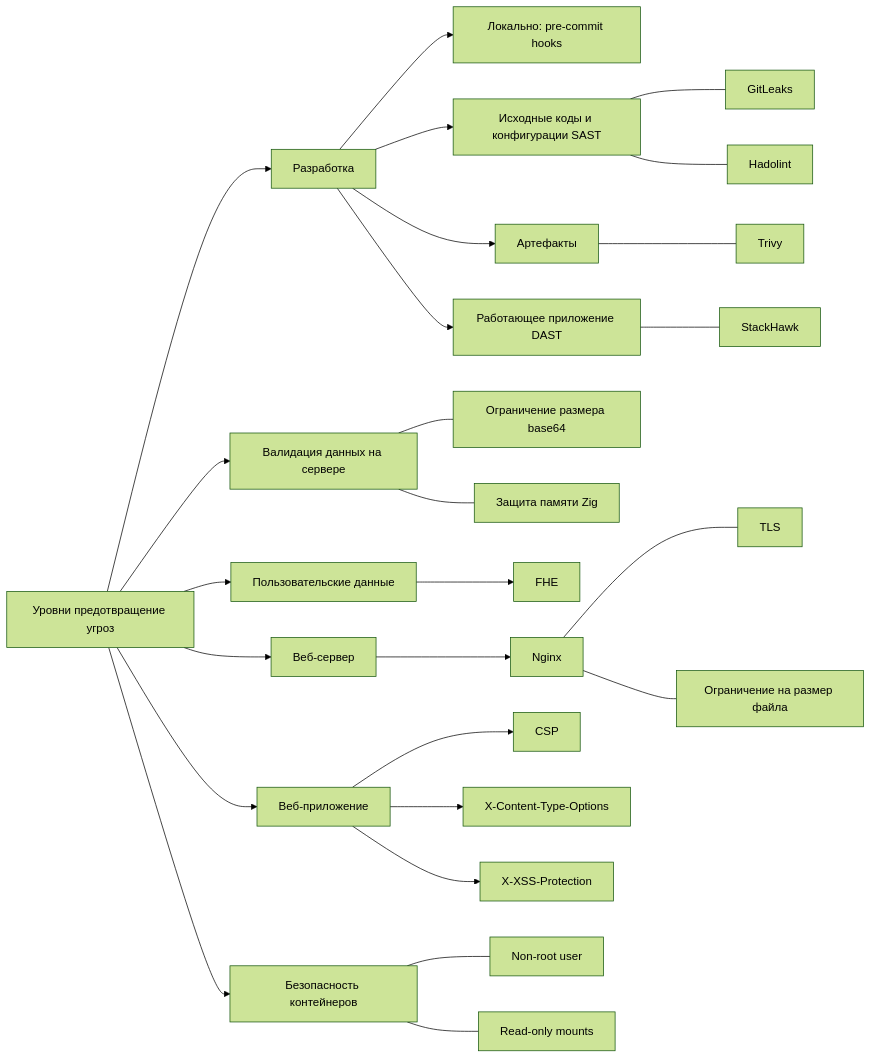
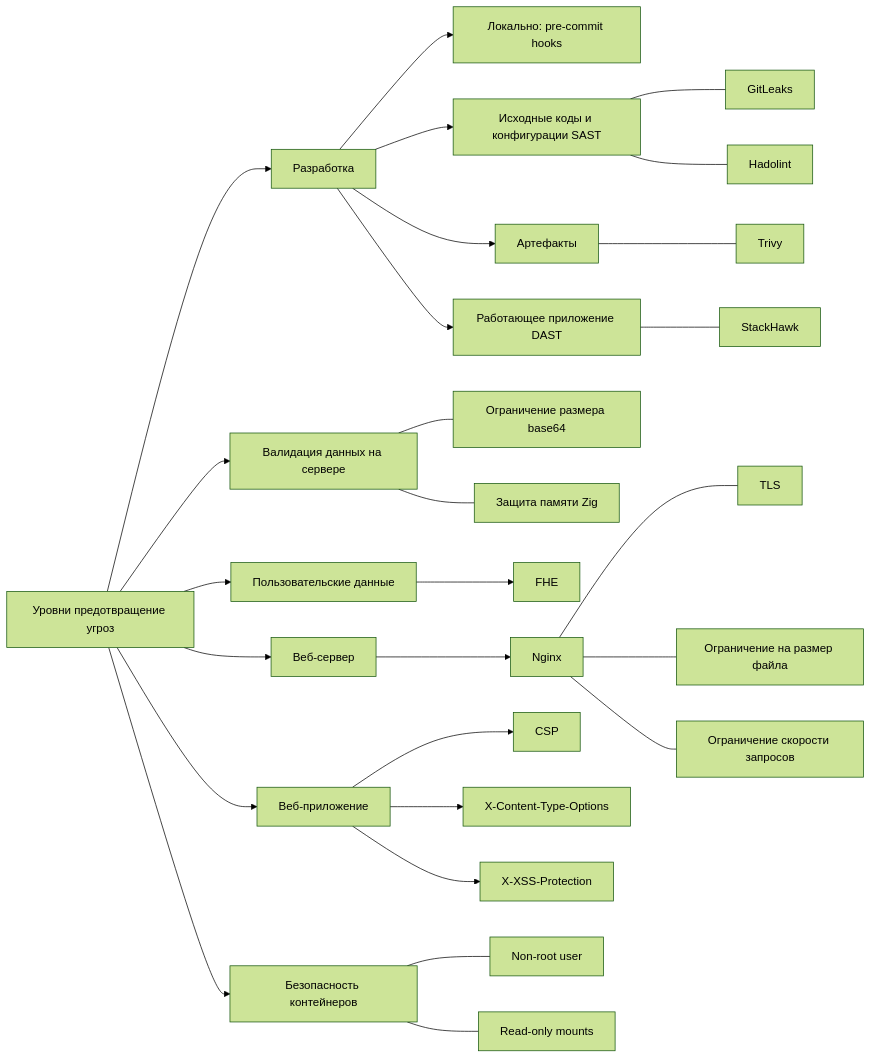
Before and after one commit to butvinm/GenZ: the fifth of 5 diagrams in REPORT.md, drawn with Mermaid (forest theme). The commit also changed other lines of this file and 2 other files, not shown here.

Commit message:
Set RateLimit

````diff
--- a/REPORT.md
+++ b/REPORT.md
@@ -268,41 +268,42 @@
 ```mermaid
 graph LR
     Root[Уровни предотвращение угроз]
 
     %% Ветвь 1
     Root --> Dev[Разработка]
     Dev --> DevProcess[Локально: pre-commit hooks]
     Dev --> SAST[Исходные коды и конфигурации SAST]
     SAST --- GitLeaks
     SAST --- Hadolint
     Dev --> Art[Артефакты]
     Art --- Trivy
     Dev --> DAST[Работающее приложение DAST]
     DAST --- StackHawk
 
     %% Ветвь 2
     Root --> Server[Валидация данных на сервере]
     Server --- base64[Ограничение размера base64]
     Server --- memory[Защита памяти Zig]
 
     %% Ветвь 3
     Root --> UserData[Пользовательские данные]
     UserData --> FHE
 
     %% Ветвь 4
     Root --> Proxy[Веб-сервер]
     Proxy --> Nginx
     Nginx --- TLS
     Nginx --- Limit[Ограничение на размер файла]
+    Nginx --- RateLimit[Ограничение скорости запросов]
 
     %% Ветвь 5
     Root --> WebApp[Веб-приложение]
     WebApp --> CSP
     WebApp --> X-Content-Type-Options
     WebApp --> X-XSS-Protection
 
     %% Ветвь 6
     Root --> Container[Безопасность контейнеров]
     Container --- NonRoot[Non-root user]
     Container --- ReadOnly[Read-only mounts]
 ```
````
